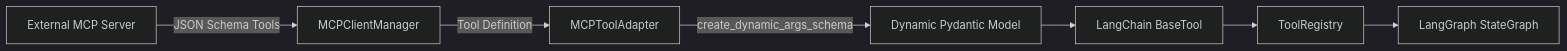
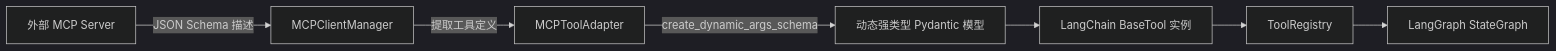
Before and after one commit to theGitForDalibor/JarvisStudio: the diagram in docs/design/tool-system-and-safety.md, drawn with Mermaid (dark theme). The commit also changed other lines of this file and 16 other files, not shown here.

````diff
--- a/docs/design/tool-system-and-safety.md
+++ b/docs/design/tool-system-and-safety.md
@@ -86,9 +86,9 @@
 ```mermaid
 flowchart LR
-    MCP_SRV["External MCP Server"] -->|JSON Schema Tools| MCP_CLIENT["MCPClientManager"]
-    MCP_CLIENT -->|Tool Definition| ADAPTER["MCPToolAdapter"]
-    ADAPTER -->|create_dynamic_args_schema| PYDANTIC["Dynamic Pydantic Model"]
-    PYDANTIC --> LANGCHAIN_TOOL["LangChain BaseTool"]
+    MCP_SRV["外部 MCP Server"] -->|JSON Schema 描述| MCP_CLIENT["MCPClientManager"]
+    MCP_CLIENT -->|提取工具定义| ADAPTER["MCPToolAdapter"]
+    ADAPTER -->|create_dynamic_args_schema| PYDANTIC["动态强类型 Pydantic 模型"]
+    PYDANTIC --> LANGCHAIN_TOOL["LangChain BaseTool 实例"]
     LANGCHAIN_TOOL --> REGISTRY["ToolRegistry"]
     REGISTRY --> AGENT["LangGraph StateGraph"]
 ```
````
